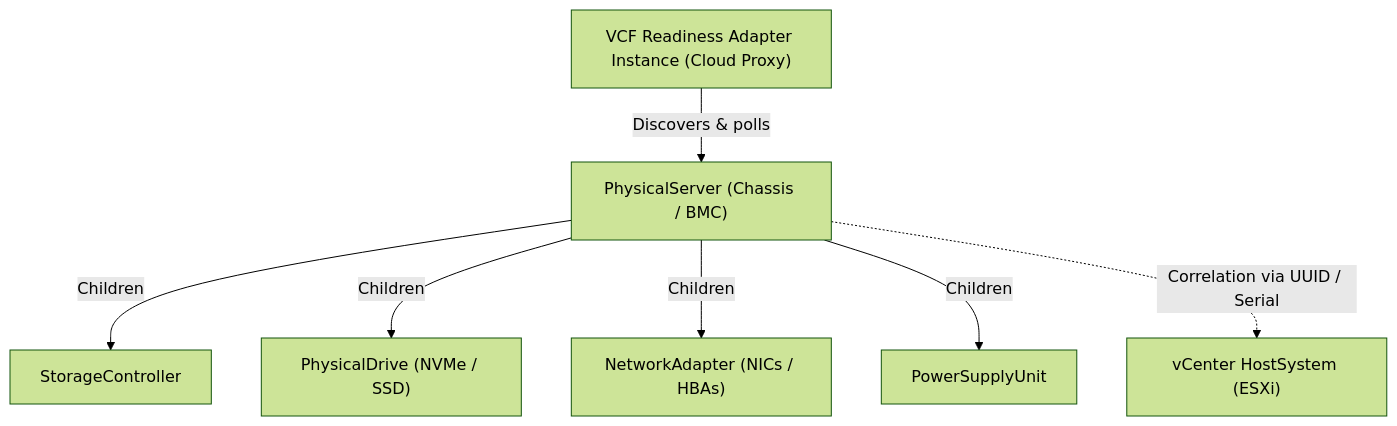
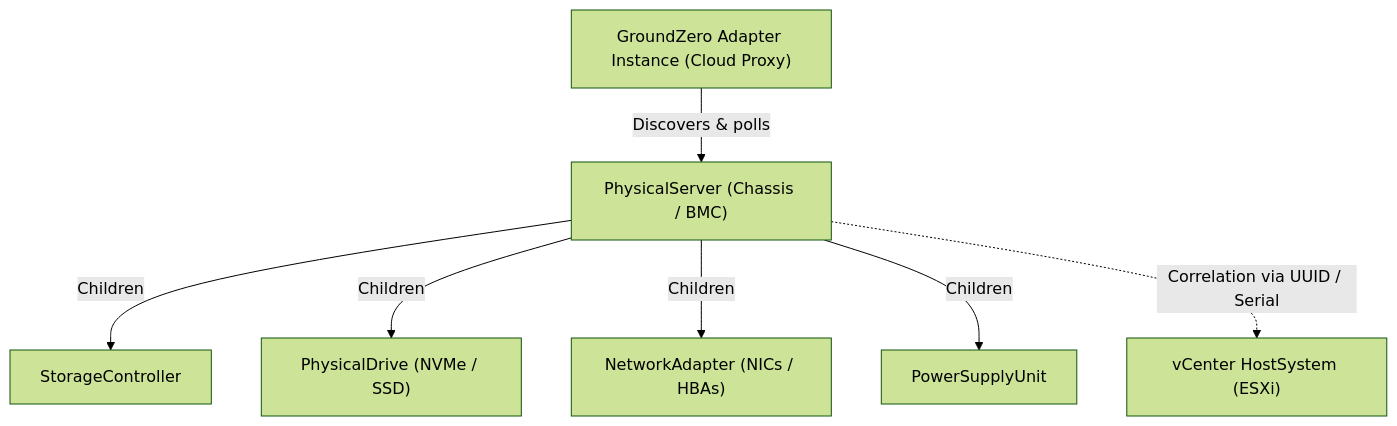
The fourth of 4 diagrams in ARCHITECTURE.md (djsincla/GroundZero), drawn with Mermaid (forest theme) before and after one commit. The commit also changed other lines of this file and 374 other files, not shown here.

First line of the commit message:
Rename project to GroundZero (package vcf_hci → groundzero)

````diff
--- a/ARCHITECTURE.md
+++ b/ARCHITECTURE.md
@@ -727,9 +727,9 @@
 ```mermaid
 flowchart TD
-    AdapterInstance["VCF Readiness Adapter Instance (Cloud Proxy)"] -->|"Discovers & polls"| PhysServer["PhysicalServer (Chassis / BMC)"]
+    AdapterInstance["GroundZero Adapter Instance (Cloud Proxy)"] -->|"Discovers & polls"| PhysServer["PhysicalServer (Chassis / BMC)"]
     PhysServer -->|"Children"| StorageCtrl["StorageController"]
     PhysServer -->|"Children"| PhysDrive["PhysicalDrive (NVMe / SSD)"]
     PhysServer -->|"Children"| NetAdapter["NetworkAdapter (NICs / HBAs)"]
     PhysServer -->|"Children"| PSU["PowerSupplyUnit"]
     PhysServer -.->|"Correlation via UUID / Serial"| VCHost["vCenter HostSystem (ESXi)"]
 ```
````
